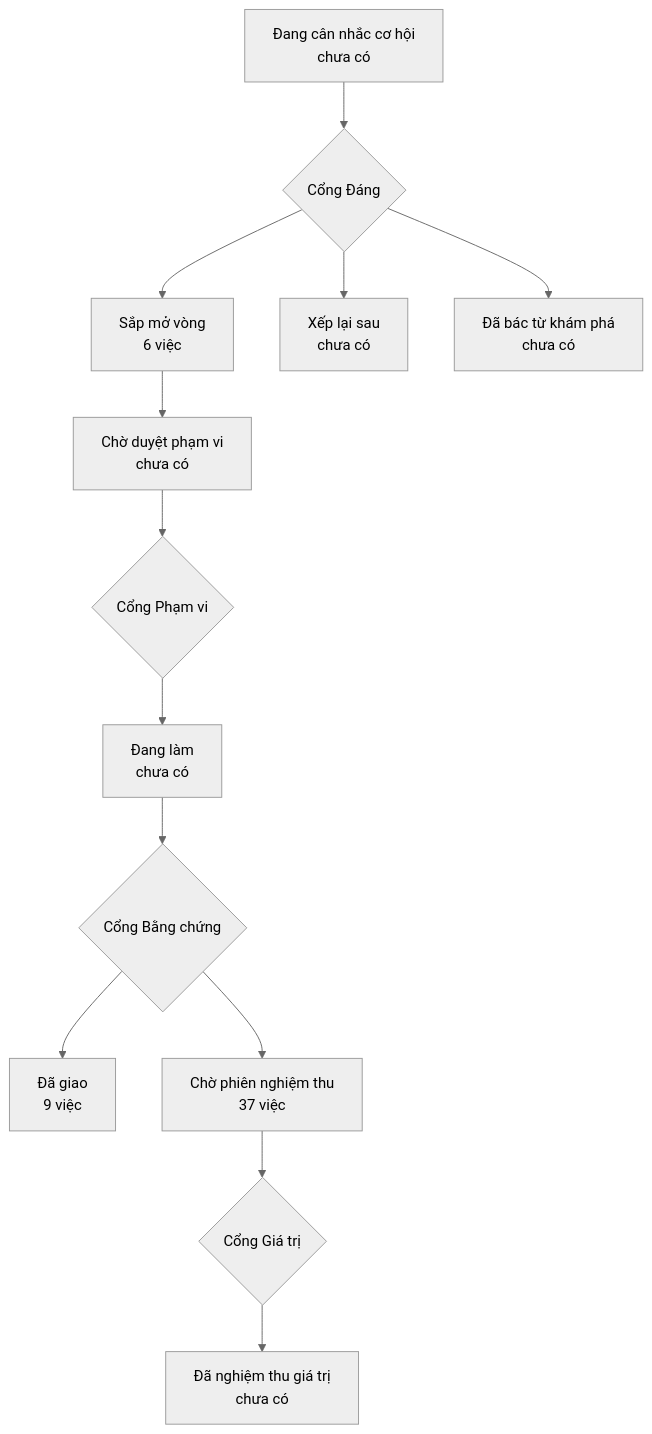
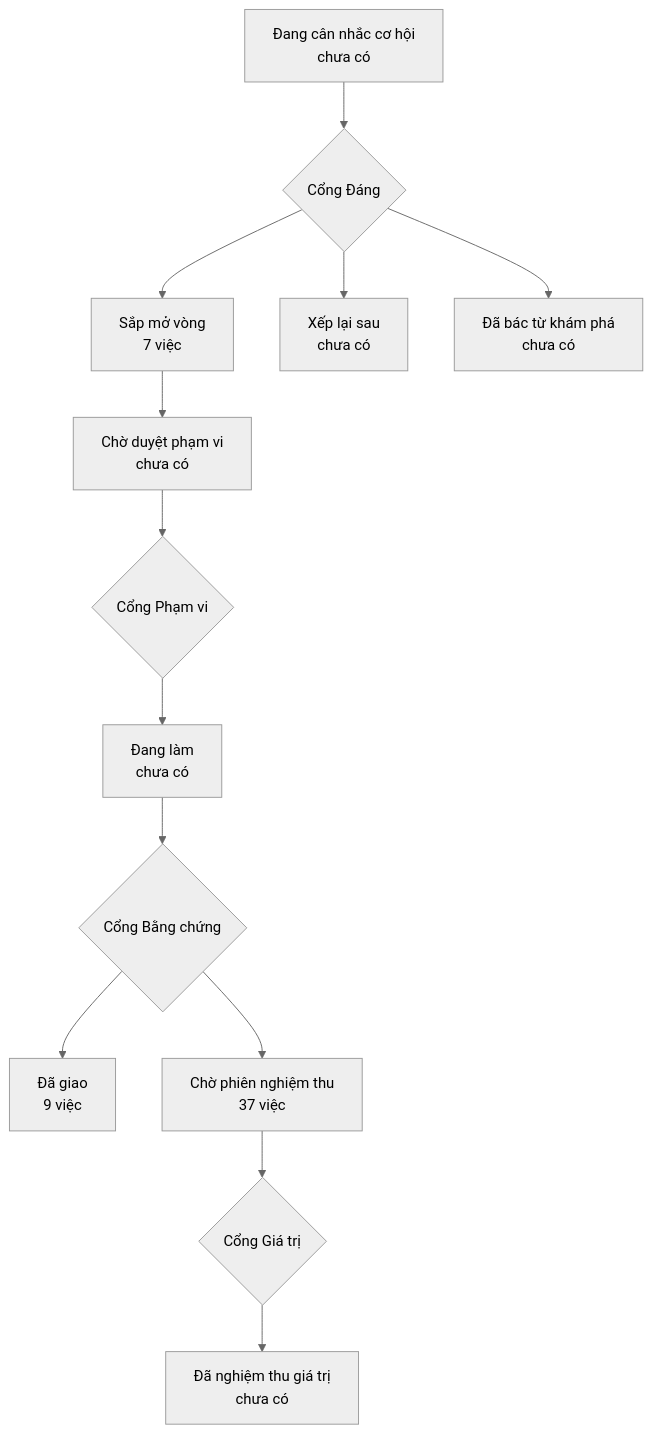
One commit to phanlemanh/onehub-quy-hang changed the diagram in PRODUCT-MAP.md. Above: the diagram before and after it, drawn with Mermaid (neutral theme). The commit also changed other lines of this file and 1 other file, not shown here.

Commit message:
chore: vẽ lại bản đồ và lộ trình sau khi gộp main

````diff
--- a/PRODUCT-MAP.md
+++ b/PRODUCT-MAP.md
@@ -7,12 +7,12 @@
 ```mermaid
 flowchart TD
   A["Đang cân nhắc cơ hội<br/>chưa có"] --> GD{"Cổng Đáng"}
-  GD --> B["Sắp mở vòng<br/>6 việc"]
+  GD --> B["Sắp mở vòng<br/>7 việc"]
   GD --> XL["Xếp lại sau<br/>chưa có"]
   GD --> DB["Đã bác từ khám phá<br/>chưa có"]
   B --> CD["Chờ duyệt phạm vi<br/>chưa có"] --> GP{"Cổng Phạm vi"}
   GP --> DL["Đang làm<br/>chưa có"] --> GB{"Cổng Bằng chứng"}
   GB --> DG["Đã giao<br/>9 việc"]
   GB --> CN["Chờ phiên nghiệm thu<br/>37 việc"] --> GG{"Cổng Giá trị"}
   GG --> NT["Đã nghiệm thu giá trị<br/>chưa có"]
 ```
````
